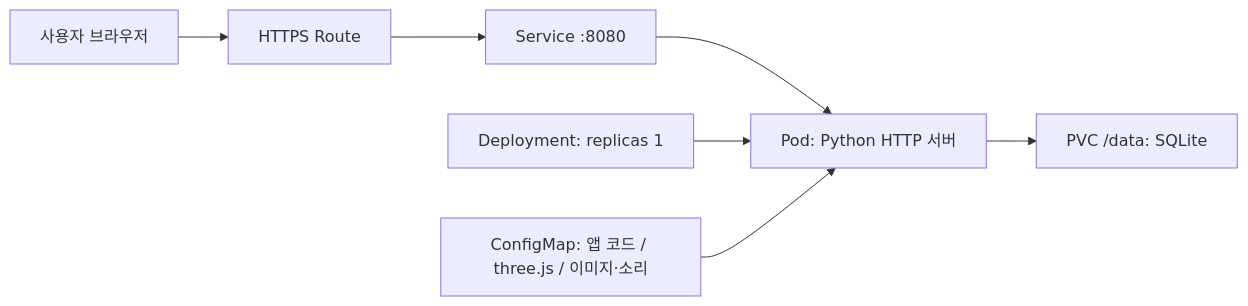
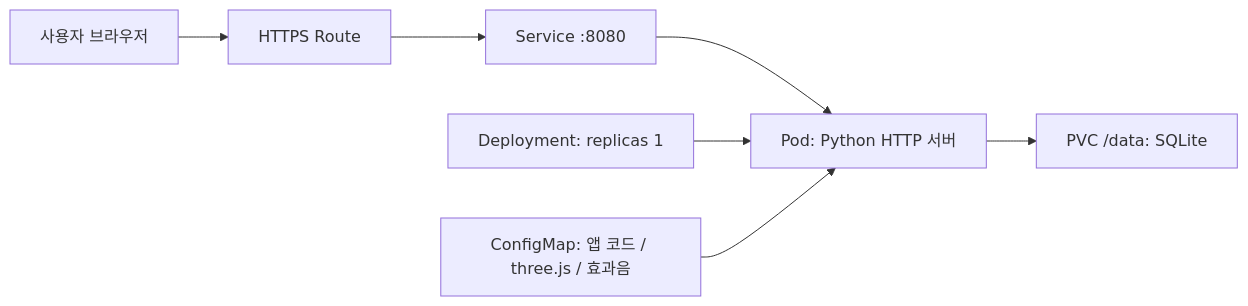
One commit to ymin431/chiikawa-typing-game changed the diagram in students/202355569/README.md. Above: the diagram before and after it, drawn with Mermaid. The commit also changed other lines of this file, not shown here.

````diff
--- a/students/202355569/README.md
+++ b/students/202355569/README.md
@@ -21,9 +21,9 @@
 ```mermaid
 flowchart LR
   U[사용자 브라우저] --> R[HTTPS Route]
   R --> S[Service :8080]
   S --> P[Pod: Python HTTP 서버]
   D[Deployment: replicas 1] --> P
-  C[ConfigMap: 앱 코드 / three.js / 이미지·소리] --> P
+  C[ConfigMap: 앱 코드 / three.js / 효과음] --> P
   P --> V[PVC /data: SQLite]
 ```
````
